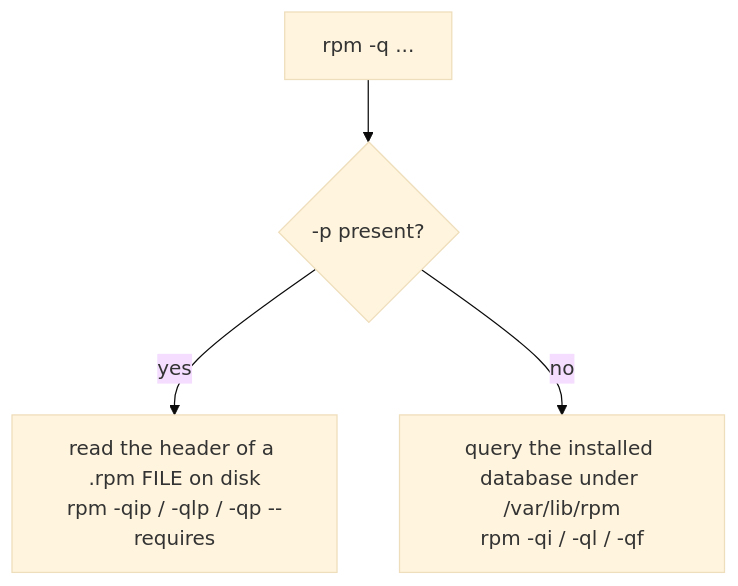
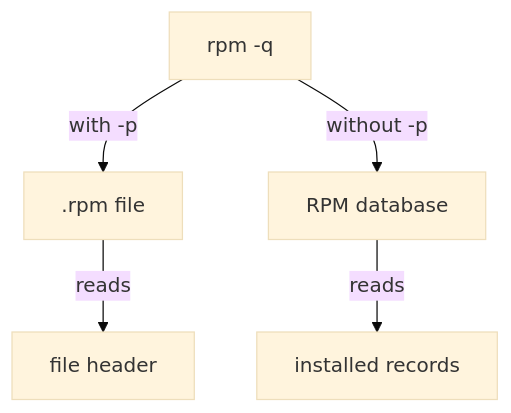
Before and after one commit to astrona-io/ATS002: the diagram in sections/section-060/module-01/course-01-rpm-scope-and-inspecting.md, drawn with Mermaid (base theme). The commit also changed other lines of this file and 615 other files, not shown here.

````diff
--- a/sections/section-060/module-01/course-01-rpm-scope-and-inspecting.md
+++ b/sections/section-060/module-01/course-01-rpm-scope-and-inspecting.md
@@ -13,6 +45,7 @@
 ```mermaid
-flowchart TD
-    Q["rpm -q ..."] --> P{"-p present?"}
-    P -->|yes| F["read the header of a .rpm FILE on disk<br/>rpm -qip / -qlp / -qp --requires"]
-    P -->|no| DB["query the installed database under /var/lib/rpm<br/>rpm -qi / -ql / -qf"]
+flowchart TB
+    Q["rpm -q"] -->|"with -p"| F[".rpm file"]
+    Q -->|"without -p"| DB["RPM database"]
+    F -->|"reads"| H["file header"]
+    DB -->|"reads"| R["installed records"]
 ```
````
